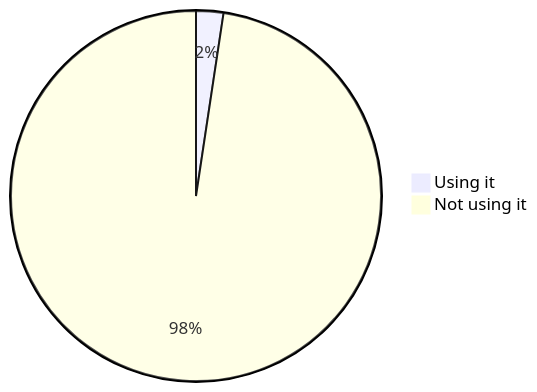
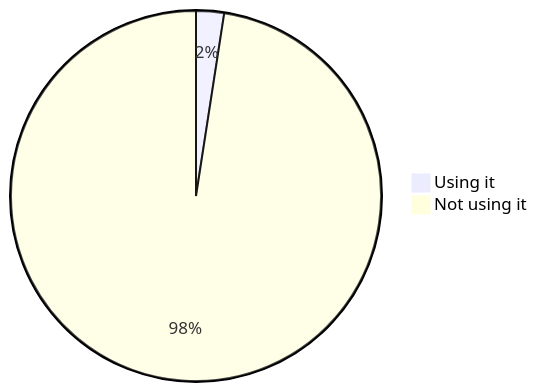
Before and after one commit to oshp/oshp-stats: diagram 17 of 22 in stats.md, drawn with Mermaid. The commit also changed other lines of this file, not shown here.

````diff
--- a/stats.md
+++ b/stats.md
@@ -202,6 +202,6 @@
 ```mermaid
 pie
-	"Using it" : 2.38
-	"Not using it" : 97.62
+	"Using it" : 2.44
+	"Not using it" : 97.56
 
 ```
````
